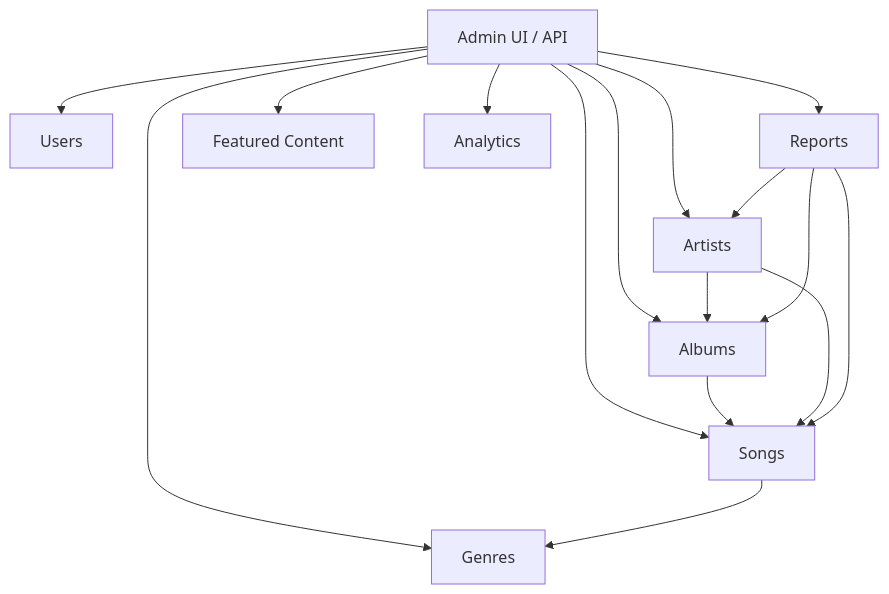
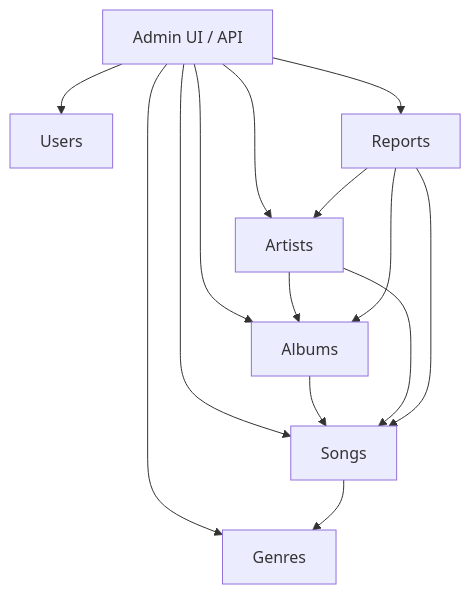
Before and after one commit to Echo-panda-mobile/echo-panda-mobile-backend: the diagram in ADMIN_SYSTEM.md, drawn with Mermaid. The commit also changed other lines of this file and 66 other files, not shown here.

````diff
--- a/ADMIN_SYSTEM.md
+++ b/ADMIN_SYSTEM.md
@@ -96,29 +75,25 @@
 ```mermaid
 graph TD
   Admin[Admin UI / API]
   Users[Users]
   Artists[Artists]
   Songs[Songs]
   Albums[Albums]
   Genres[Genres]
   Reports[Reports]
-  Featured[Featured Content]
-  Analytics[Analytics]
 
   Admin --> Users
   Admin --> Artists
   Admin --> Songs
   Admin --> Albums
   Admin --> Reports
   Admin --> Genres
-  Admin --> Featured
-  Admin --> Analytics
 
   Songs --> Genres
   Albums --> Songs
   Artists --> Albums
   Artists --> Songs
   Reports --> Songs
   Reports --> Albums
   Reports --> Artists
 ```
````
